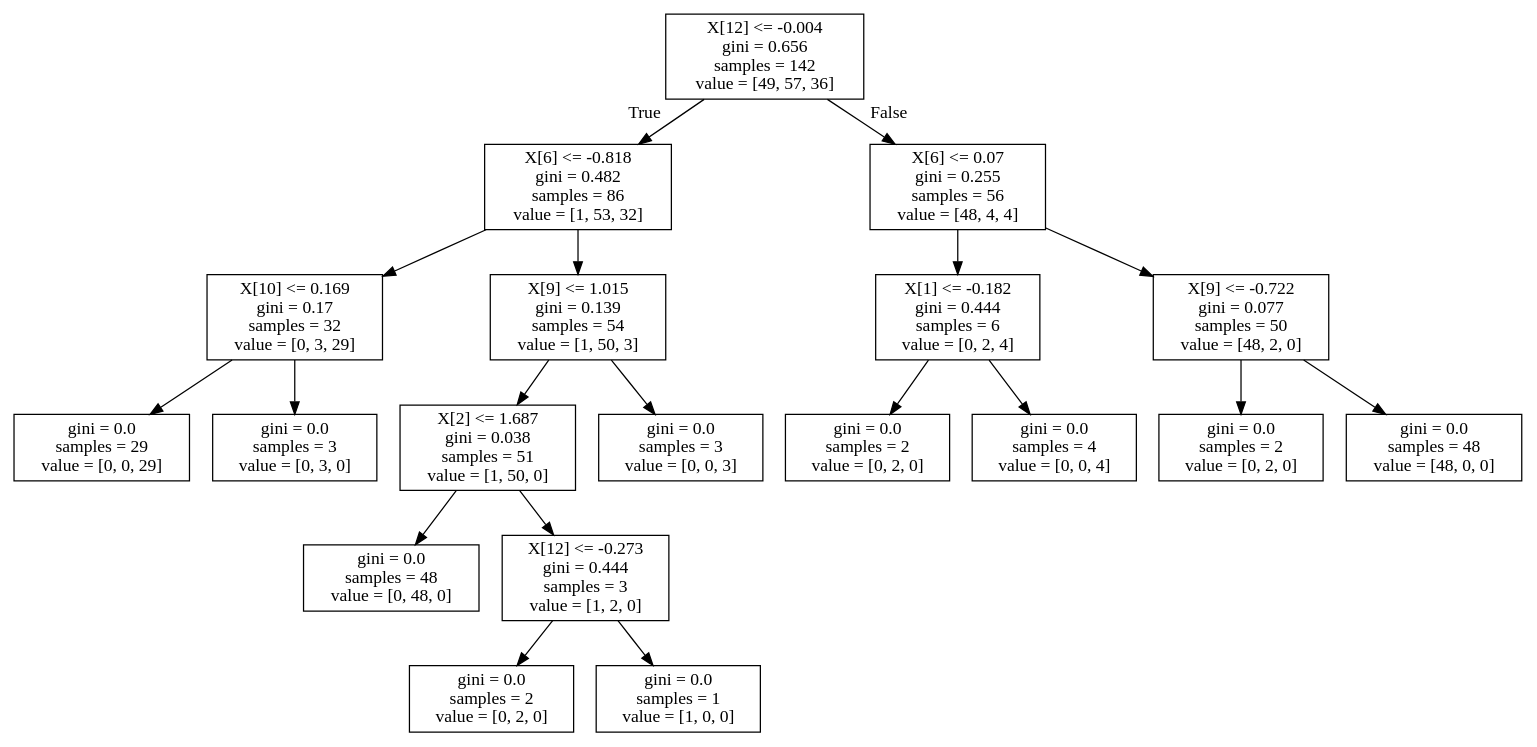
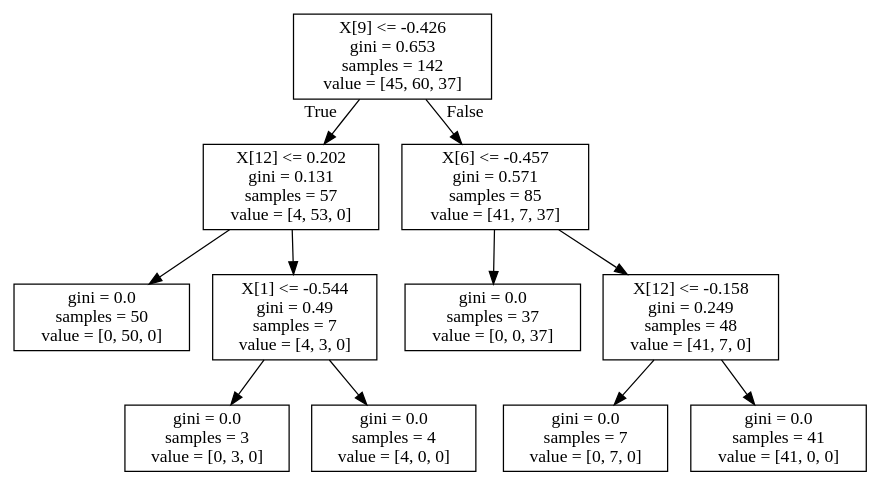
One commit to BrandonHT/Machine-learning-python changed the diagram in DecisionTrees/arbol_vino.dot. Above: the diagram before and after it, drawn with Graphviz. The commit also changed 6 other files, not shown here.

```diff
--- a/DecisionTrees/arbol_vino.dot
+++ b/DecisionTrees/arbol_vino.dot
@@ -1,40 +1,24 @@
 digraph Tree {
 node [shape=box] ;
-0 [label="X[12] <= -0.004\ngini = 0.656\nsamples = 142\nvalue = [49, 57, 36]"] ;
-1 [label="X[6] <= -0.818\ngini = 0.482\nsamples = 86\nvalue = [1, 53, 32]"] ;
+0 [label="X[9] <= -0.426\ngini = 0.653\nsamples = 142\nvalue = [45, 60, 37]"] ;
+1 [label="X[12] <= 0.202\ngini = 0.131\nsamples = 57\nvalue = [4, 53, 0]"] ;
 0 -> 1 [labeldistance=2.5, labelangle=45, headlabel="True"] ;
-2 [label="X[10] <= 0.169\ngini = 0.17\nsamples = 32\nvalue = [0, 3, 29]"] ;
+2 [label="gini = 0.0\nsamples = 50\nvalue = [0, 50, 0]"] ;
 1 -> 2 ;
-3 [label="gini = 0.0\nsamples = 29\nvalue = [0, 0, 29]"] ;
-2 -> 3 ;
+3 [label="X[1] <= -0.544\ngini = 0.49\nsamples = 7\nvalue = [4, 3, 0]"] ;
+1 -> 3 ;
 4 [label="gini = 0.0\nsamples = 3\nvalue = [0, 3, 0]"] ;
-2 -> 4 ;
-5 [label="X[9] <= 1.015\ngini = 0.139\nsamples = 54\nvalue = [1, 50, 3]"] ;
-1 -> 5 ;
-6 [label="X[2] <= 1.687\ngini = 0.038\nsamples = 51\nvalue = [1, 50, 0]"] ;
-5 -> 6 ;
-7 [label="gini = 0.0\nsamples = 48\nvalue = [0, 48, 0]"] ;
+3 -> 4 ;
+5 [label="gini = 0.0\nsamples = 4\nvalue = [4, 0, 0]"] ;
+3 -> 5 ;
+6 [label="X[6] <= -0.457\ngini = 0.571\nsamples = 85\nvalue = [41, 7, 37]"] ;
+0 -> 6 [labeldistance=2.5, labelangle=-45, headlabel="False"] ;
+7 [label="gini = 0.0\nsamples = 37\nvalue = [0, 0, 37]"] ;
 6 -> 7 ;
-8 [label="X[12] <= -0.273\ngini = 0.444\nsamples = 3\nvalue = [1, 2, 0]"] ;
+8 [label="X[12] <= -0.158\ngini = 0.249\nsamples = 48\nvalue = [41, 7, 0]"] ;
 6 -> 8 ;
-9 [label="gini = 0.0\nsamples = 2\nvalue = [0, 2, 0]"] ;
+9 [label="gini = 0.0\nsamples = 7\nvalue = [0, 7, 0]"] ;
 8 -> 9 ;
-10 [label="gini = 0.0\nsamples = 1\nvalue = [1, 0, 0]"] ;
+10 [label="gini = 0.0\nsamples = 41\nvalue = [41, 0, 0]"] ;
 8 -> 10 ;
-11 [label="gini = 0.0\nsamples = 3\nvalue = [0, 0, 3]"] ;
-5 -> 11 ;
-12 [label="X[6] <= 0.07\ngini = 0.255\nsamples = 56\nvalue = [48, 4, 4]"] ;
-0 -> 12 [labeldistance=2.5, labelangle=-45, headlabel="False"] ;
-13 [label="X[1] <= -0.182\ngini = 0.444\nsamples = 6\nvalue = [0, 2, 4]"] ;
-12 -> 13 ;
-14 [label="gini = 0.0\nsamples = 2\nvalue = [0, 2, 0]"] ;
-13 -> 14 ;
-15 [label="gini = 0.0\nsamples = 4\nvalue = [0, 0, 4]"] ;
-13 -> 15 ;
-16 [label="X[9] <= -0.722\ngini = 0.077\nsamples = 50\nvalue = [48, 2, 0]"] ;
-12 -> 16 ;
-17 [label="gini = 0.0\nsamples = 2\nvalue = [0, 2, 0]"] ;
-16 -> 17 ;
-18 [label="gini = 0.0\nsamples = 48\nvalue = [48, 0, 0]"] ;
-16 -> 18 ;
 }
```
